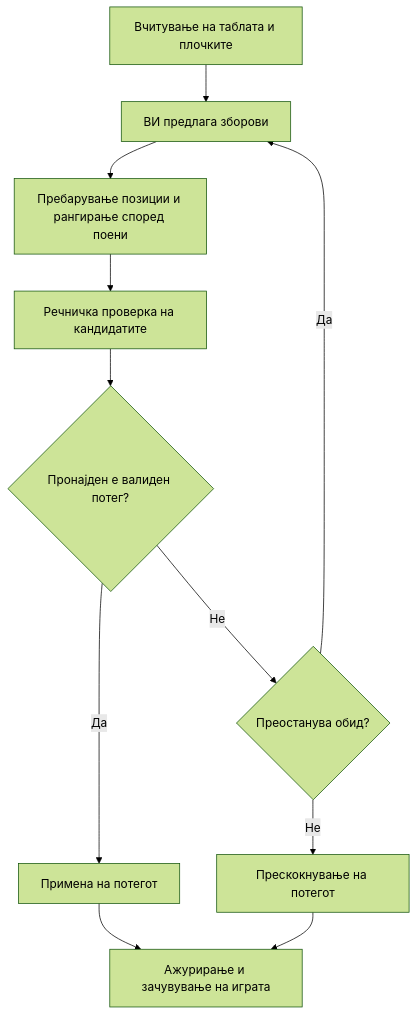
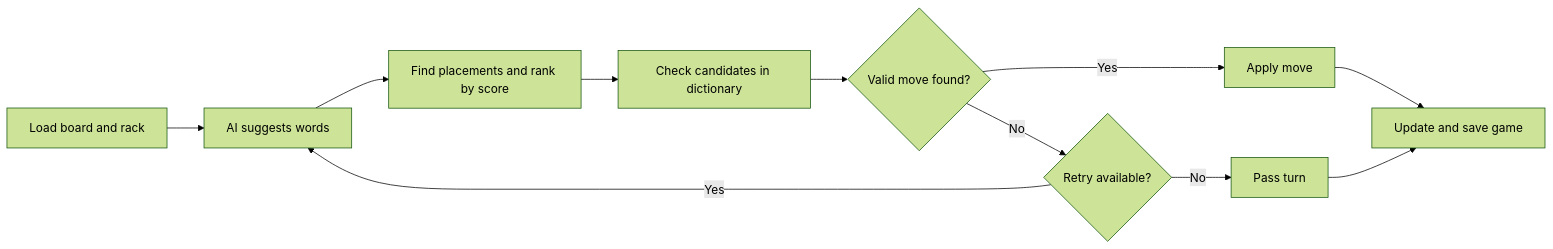
Before and after one commit to martinakuzmanovska/Macedonian-Scrabble-App: the third of 3 diagrams in README.md, drawn with Mermaid (forest theme).

Commit message:
diagrsm fixes

````diff
--- a/README.md
+++ b/README.md
@@ -241,13 +241,13 @@
 ```mermaid
-flowchart TD
-    A["Вчитување на таблата и плочките"] --> B["ВИ предлага зборови"]
-    B --> C["Пребарување позиции и рангирање според поени"]
-    C --> D["Речничка проверка на кандидатите"]
-    D --> E{"Пронајден е валиден потег?"}
-    E -->|Да| F["Примена на потегот"]
-    E -->|Не| G{"Преостанува обид?"}
-    G -->|Да| B
-    G -->|Не| H["Прескокнување на потегот"]
-    F --> I["Ажурирање и зачувување на играта"]
+flowchart LR
+    A["Load board and rack"] --> B["AI suggests words"]
+    B --> C["Find placements and rank by score"]
+    C --> D["Check candidates in dictionary"]
+    D --> E{"Valid move found?"}
+    E -->|Yes| F["Apply move"]
+    E -->|No| G{"Retry available?"}
+    G -->|Yes| B
+    G -->|No| H["Pass turn"]
+    F --> I["Update and save game"]
     H --> I
 ```
````
